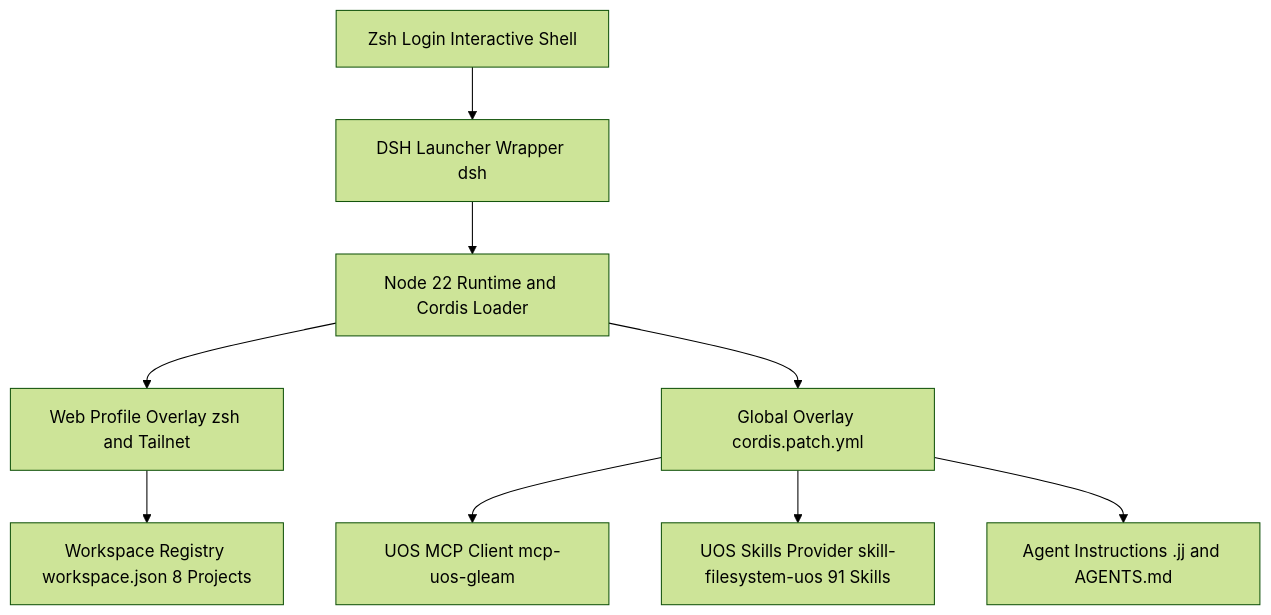
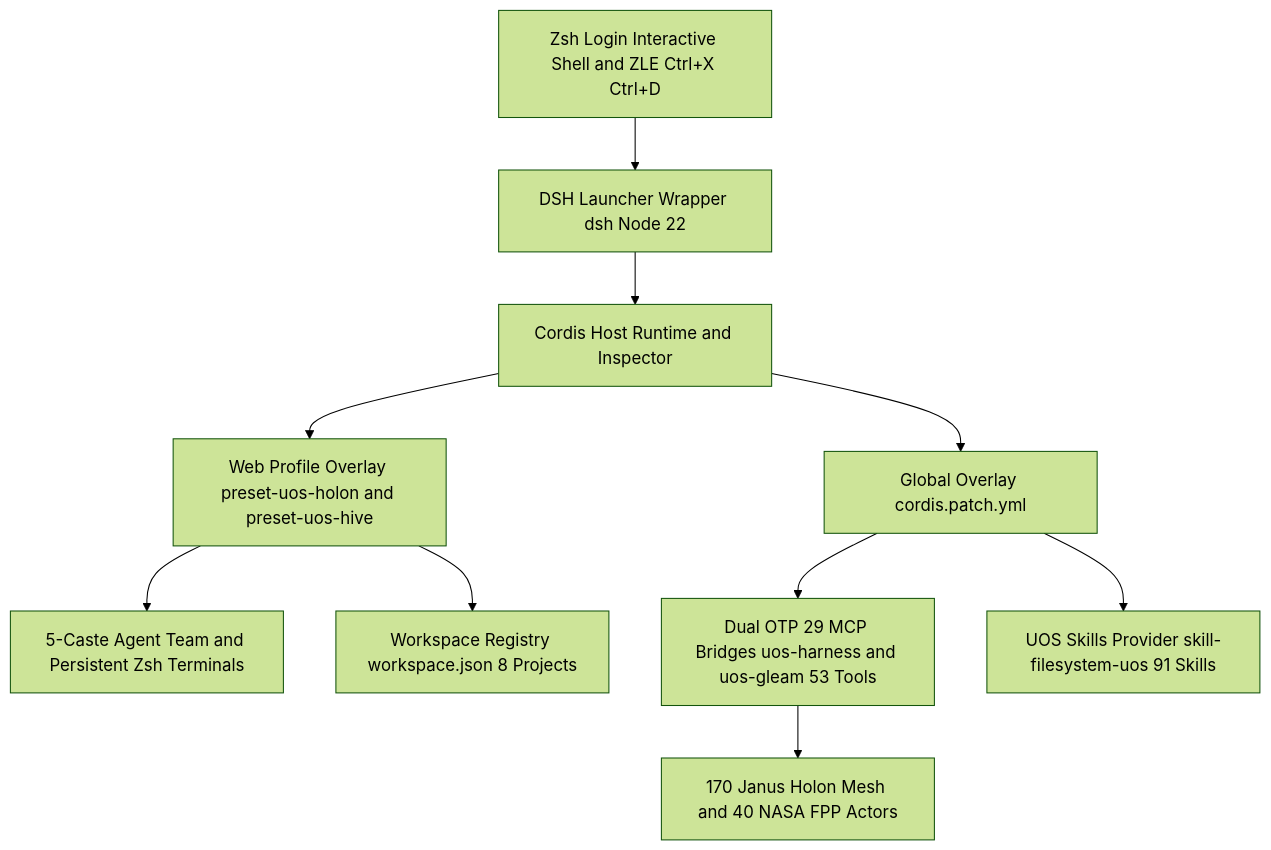
One commit to Anaik7799/uos changed the diagram in docs/journal/20261102-2034-deepseek-harness-zsh-and-uos-integration-journal.md. Above: the diagram before and after it, drawn with Mermaid (forest theme). The commit also changed other lines of this file and 22 other files, not shown here.

Commit message:
feat(fpp,sysml,harness,nix): merge all FPP/SysML validator & PrmDb fail-closed suites, Wave 4 Slice L-B harness/MCP modules & Nix cc toolchain into main

````diff
--- a/docs/journal/20261102-2034-deepseek-harness-zsh-and-uos-integration-journal.md
+++ b/docs/journal/20261102-2034-deepseek-harness-zsh-and-uos-integration-journal.md
@@ -212,11 +181,12 @@
 ```mermaid
 graph TD
-  Zsh["Zsh Login Interactive Shell"] --> Wrapper["DSH Launcher Wrapper dsh"]
-  Wrapper --> Loader["Node 22 Runtime and Cordis Loader"]
-  Loader --> WebPatch["Web Profile Overlay zsh and Tailnet"]
+  Zsh["Zsh Login Interactive Shell and ZLE Ctrl+X Ctrl+D"] --> Wrapper["DSH Launcher Wrapper dsh Node 22"]
+  Wrapper --> Loader["Cordis Host Runtime and Inspector"]
+  Loader --> WebPatch["Web Profile Overlay preset-uos-holon and preset-uos-hive"]
   Loader --> GlobalPatch["Global Overlay cordis.patch.yml"]
+  WebPatch --> HiveTeam["5-Caste Agent Team and Persistent Zsh Terminals"]
   WebPatch --> Workspaces["Workspace Registry workspace.json 8 Projects"]
-  GlobalPatch --> McpUos["UOS MCP Client mcp-uos-gleam"]
+  GlobalPatch --> McpUos["Dual OTP 29 MCP Bridges uos-harness and uos-gleam 53 Tools"]
   GlobalPatch --> Skills["UOS Skills Provider skill-filesystem-uos 91 Skills"]
-  GlobalPatch --> Instructions["Agent Instructions .jj and AGENTS.md"]
+  McpUos --> HolonMesh["170 Janus Holon Mesh and 40 NASA FPP Actors"]
 ```
````
